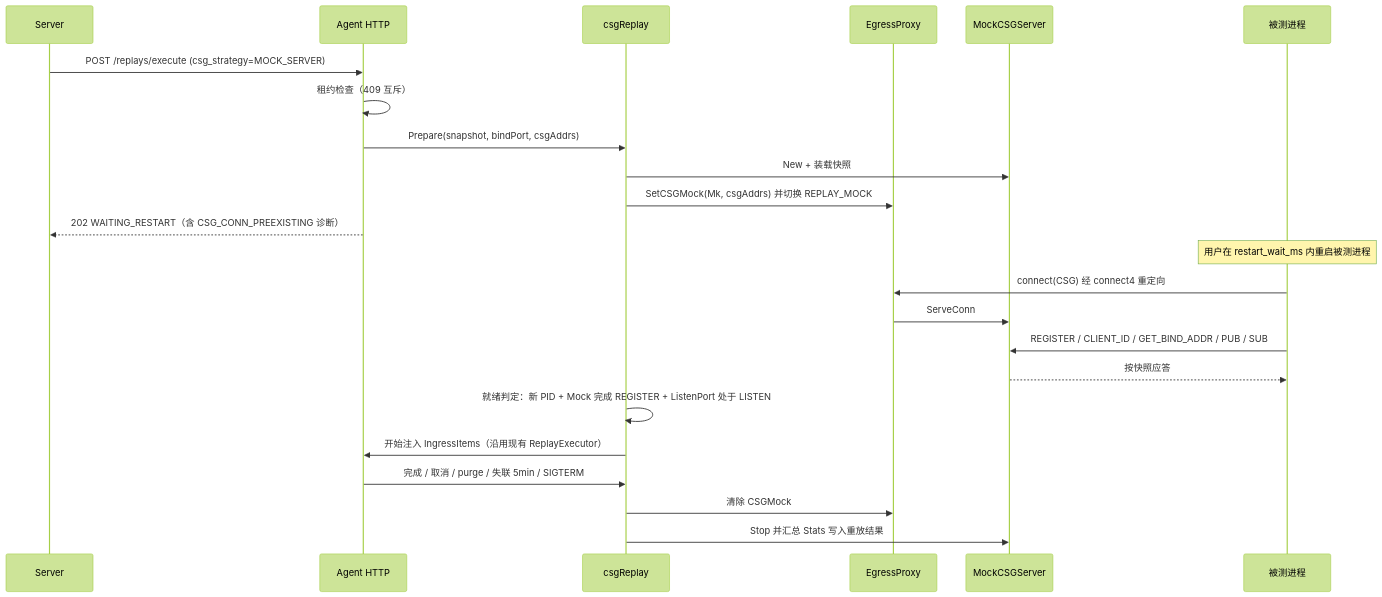
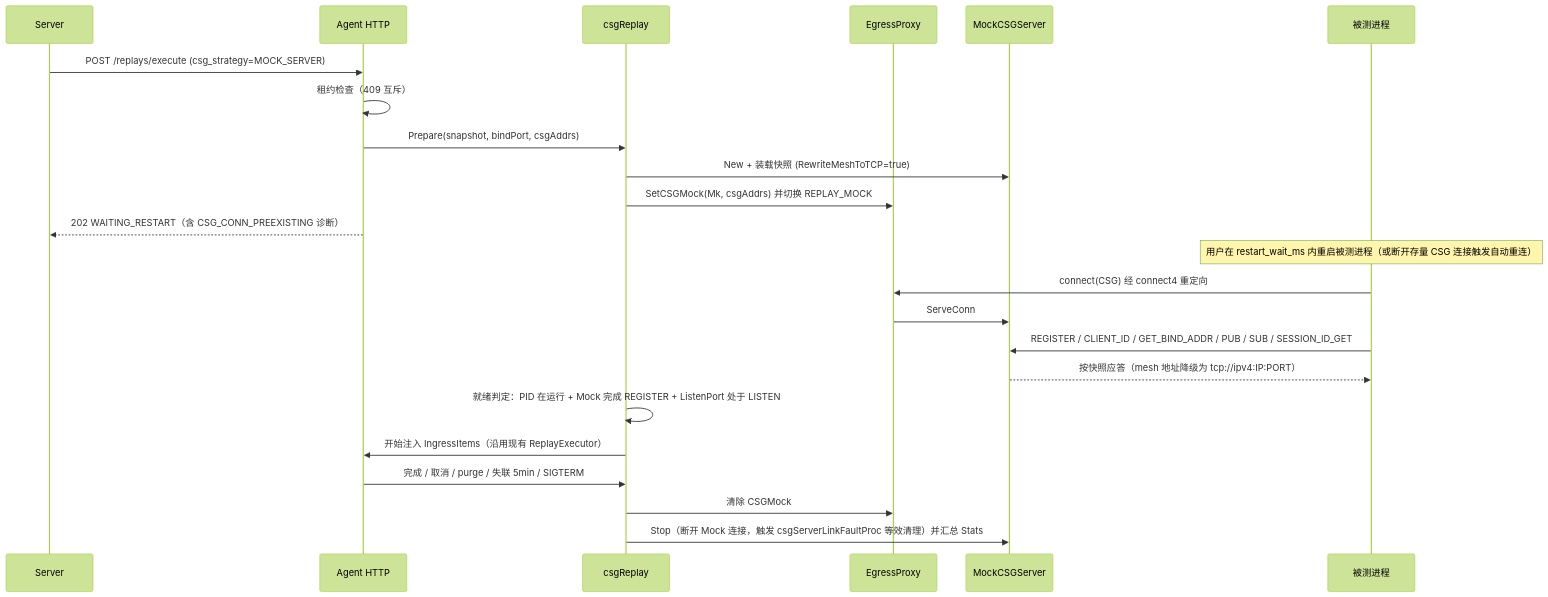
The second of 2 diagrams in docs/05-adr/21-csg-aware-agent-service-discovery-and-replay-mock-adr.md (fugui/code-contract), drawn with Mermaid (forest theme) before and after one commit. The commit also changed other lines of this file and 1 other file, not shown here.

Commit message:
docs: 按 DOPRA DDM 源码反馈修订 ADR-21 闭环 Q-P1~Q-P10 并新增 mesh 降级改写策略 (v1.2.0)

````diff
--- a/docs/05-adr/21-csg-aware-agent-service-discovery-and-replay-mock-adr.md
+++ b/docs/05-adr/21-csg-aware-agent-service-discovery-and-replay-mock-adr.md
@@ -985,25 +905,25 @@
 ```mermaid
 sequenceDiagram
     participant Srv as Server
     participant Ag as Agent HTTP
     participant Orc as csgReplay
     participant Px as EgressProxy
     participant Mk as MockCSGServer
     participant Biz as 被测进程
     Srv->>Ag: POST /replays/execute (csg_strategy=MOCK_SERVER)
     Ag->>Ag: 租约检查（409 互斥）
     Ag->>Orc: Prepare(snapshot, bindPort, csgAddrs)
-    Orc->>Mk: New + 装载快照
+    Orc->>Mk: New + 装载快照 (RewriteMeshToTCP=true)
     Orc->>Px: SetCSGMock(Mk, csgAddrs) 并切换 REPLAY_MOCK
     Ag-->>Srv: 202 WAITING_RESTART（含 CSG_CONN_PREEXISTING 诊断）
-    Note over Biz: 用户在 restart_wait_ms 内重启被测进程
+    Note over Biz: 用户在 restart_wait_ms 内重启被测进程（或断开存量 CSG 连接触发自动重连）
     Biz->>Px: connect(CSG) 经 connect4 重定向
     Px->>Mk: ServeConn
-    Biz->>Mk: REGISTER / CLIENT_ID / GET_BIND_ADDR / PUB / SUB
-    Mk-->>Biz: 按快照应答
-    Orc->>Orc: 就绪判定：新 PID + Mock 完成 REGISTER + ListenPort 处于 LISTEN
+    Biz->>Mk: REGISTER / CLIENT_ID / GET_BIND_ADDR / PUB / SUB / SESSION_ID_GET
+    Mk-->>Biz: 按快照应答（mesh 地址降级为 tcp://ipv4:IP:PORT）
+    Orc->>Orc: 就绪判定：PID 在运行 + Mock 完成 REGISTER + ListenPort 处于 LISTEN
     Orc->>Ag: 开始注入 IngressItems（沿用现有 ReplayExecutor）
     Ag->>Orc: 完成 / 取消 / purge / 失联 5min / SIGTERM
     Orc->>Px: 清除 CSGMock
-    Orc->>Mk: Stop 并汇总 Stats 写入重放结果
+    Orc->>Mk: Stop（断开 Mock 连接，触发 csgServerLinkFaultProc 等效清理）并汇总 Stats
 ```
````
